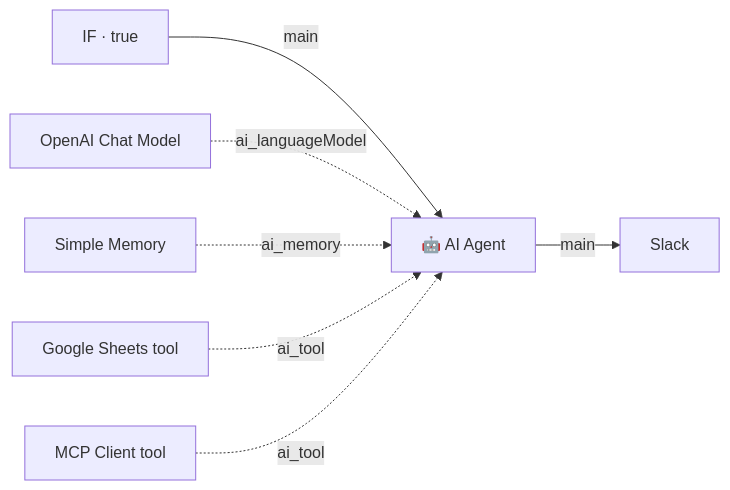
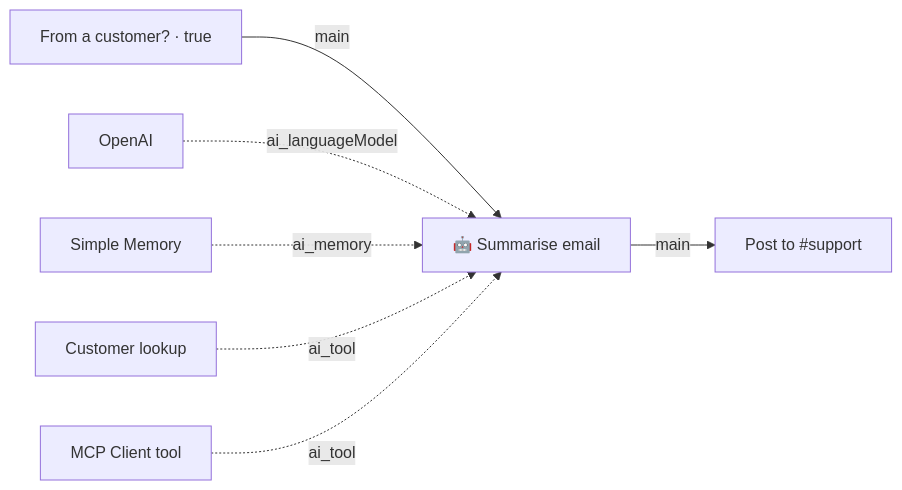
Before and after one commit to BerniWittmann/n8n-nodes-onboarding: the second of 2 diagrams in slides.md, drawn with Mermaid. The commit also changed other lines of this file and 3 other files, not shown here.

````diff
--- a/slides.md
+++ b/slides.md
@@ -982,9 +1007,9 @@
 ```mermaid {scale: 1}
 flowchart LR
-  IN["IF · true"] -- main --> AG["🤖 AI Agent"]
-  AG -- main --> OUT["Slack"]
-  LM["OpenAI Chat Model"] -. ai_languageModel .-> AG
+  IN["From a customer? · true"] -- main --> AG["🤖 Summarise email"]
+  AG -- main --> OUT["Post to #support"]
+  LM["OpenAI"] -. ai_languageModel .-> AG
   MEM["Simple Memory"] -. ai_memory .-> AG
-  T1["Google Sheets tool"] -. ai_tool .-> AG
+  T1["Customer lookup"] -. ai_tool .-> AG
   T2["MCP Client tool"] -. ai_tool .-> AG
 ```
````
